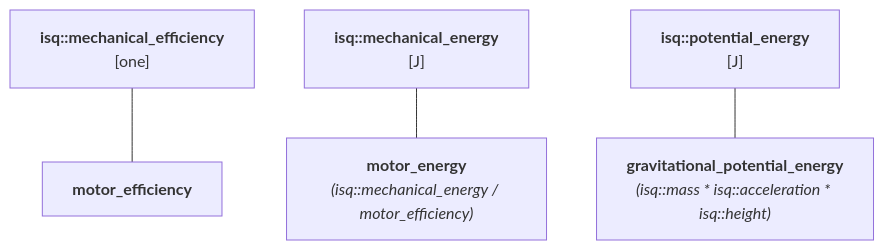
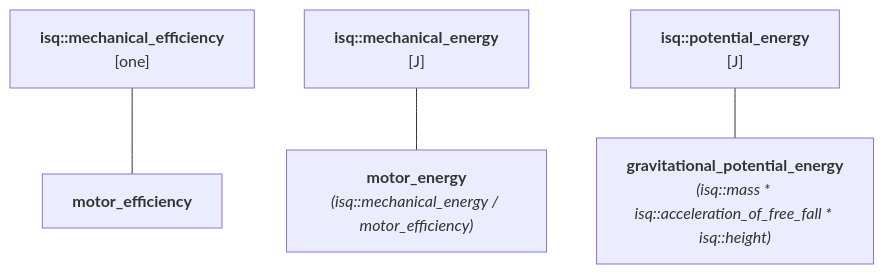
The second of 2 diagrams in docs/workshops/extensions/custom_quantity_specifications.md (mpusz/mp-units), drawn with Mermaid before and after one commit. The commit also changed other lines of this file, not shown here.

Commit message:
docs: `isq::acceleration_of_free_fall` usage added to the "Custom Quanity Specifications" chapter

````diff
--- a/docs/workshops/extensions/custom_quantity_specifications.md
+++ b/docs/workshops/extensions/custom_quantity_specifications.md
@@ -72,11 +72,11 @@
 ```mermaid
 flowchart TD
     efficiency["<b>isq::mechanical_efficiency</b><br>[one]"]
     efficiency --- motor_efficiency["<b>motor_efficiency</b>"]
 
     mechanical_energy["<b>isq::mechanical_energy</b><br>[J]"]
     mechanical_energy --- motor_energy["<b>motor_energy</b><br><i>(isq::mechanical_energy / motor_efficiency)</i>"]
 
     potential_energy["<b>isq::potential_energy</b><br>[J]"]
-    potential_energy --- gravitational_potential_energy["<b>gravitational_potential_energy</b><br><i>(isq::mass * isq::acceleration * isq::height)</i>"]
+    potential_energy --- gravitational_potential_energy["<b>gravitational_potential_energy</b><br><i>(isq::mass * isq::acceleration_of_free_fall * isq::height)</i>"]
 ```
````
